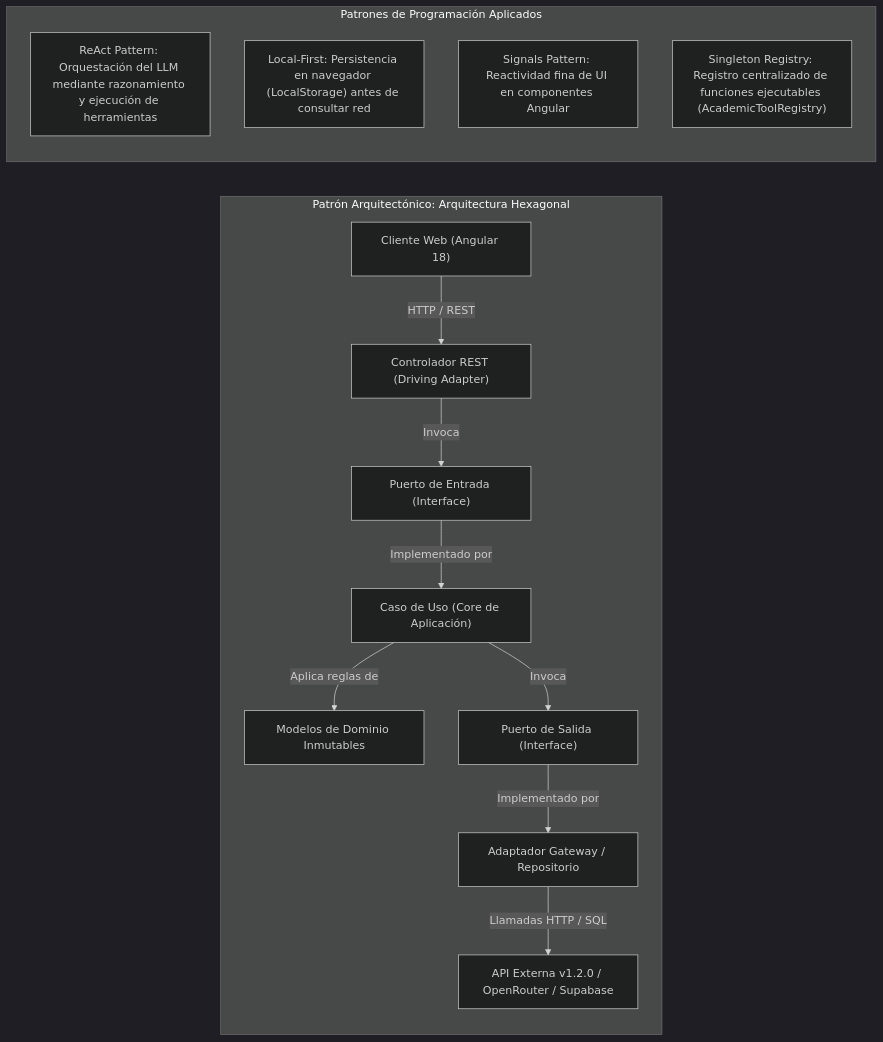
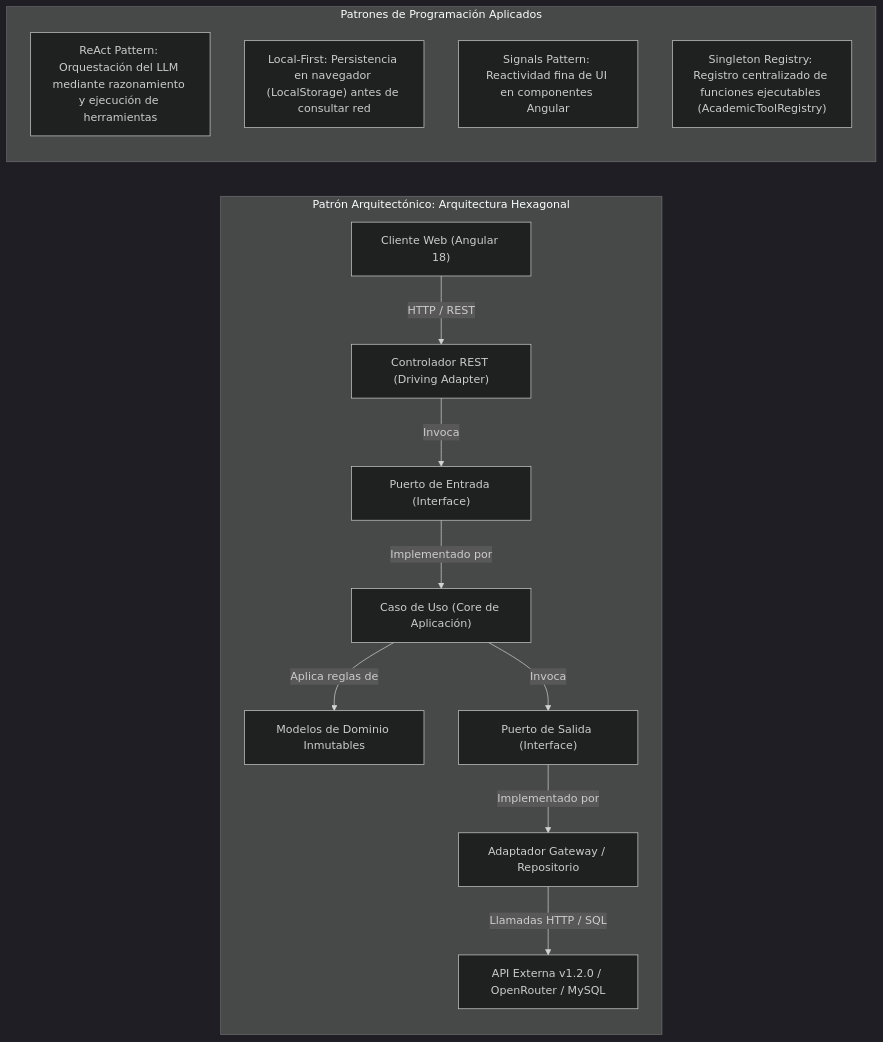
Before and after one commit to Joan2022Laurente/horarioInteligente: the fifth of 9 diagrams in INFORME_TECNICO_PROYECTO.md, drawn with Mermaid (dark theme). The commit also changed other lines of this file and 12 other files, not shown here.

````diff
--- a/INFORME_TECNICO_PROYECTO.md
+++ b/INFORME_TECNICO_PROYECTO.md
@@ -481,19 +481,19 @@
 ```mermaid
 flowchart LR
     subgraph ArquitecturaHexagonal["Patrón Arquitectónico: Arquitectura Hexagonal"]
         UI["Cliente Web (Angular 18)"] -->|HTTP / REST| InAdapter["Controlador REST (Driving Adapter)"]
         InAdapter -->|Invoca| PortIn["Puerto de Entrada (Interface)"]
         PortIn -->|Implementado por| Service["Caso de Uso (Core de Aplicación)"]
         Service -->|Aplica reglas de| Domain["Modelos de Dominio Inmutables"]
         Service -->|Invoca| PortOut["Puerto de Salida (Interface)"]
         PortOut -->|Implementado por| OutAdapter["Adaptador Gateway / Repositorio"]
-        OutAdapter -->|Llamadas HTTP / SQL| CloudServices["API Externa v1.2.0 / OpenRouter / Supabase"]
+        OutAdapter -->|Llamadas HTTP / SQL| CloudServices["API Externa v1.2.0 / OpenRouter / MySQL"]
     end
 
     subgraph PatronesDeProgramacion["Patrones de Programación Aplicados"]
         P1["ReAct Pattern: Orquestación del LLM mediante razonamiento y ejecución de herramientas"]
         P2["Local-First: Persistencia en navegador (LocalStorage) antes de consultar red"]
         P3["Signals Pattern: Reactividad fina de UI en componentes Angular"]
         P4["Singleton Registry: Registro centralizado de funciones ejecutables (AcademicToolRegistry)"]
     end
 ```
````
